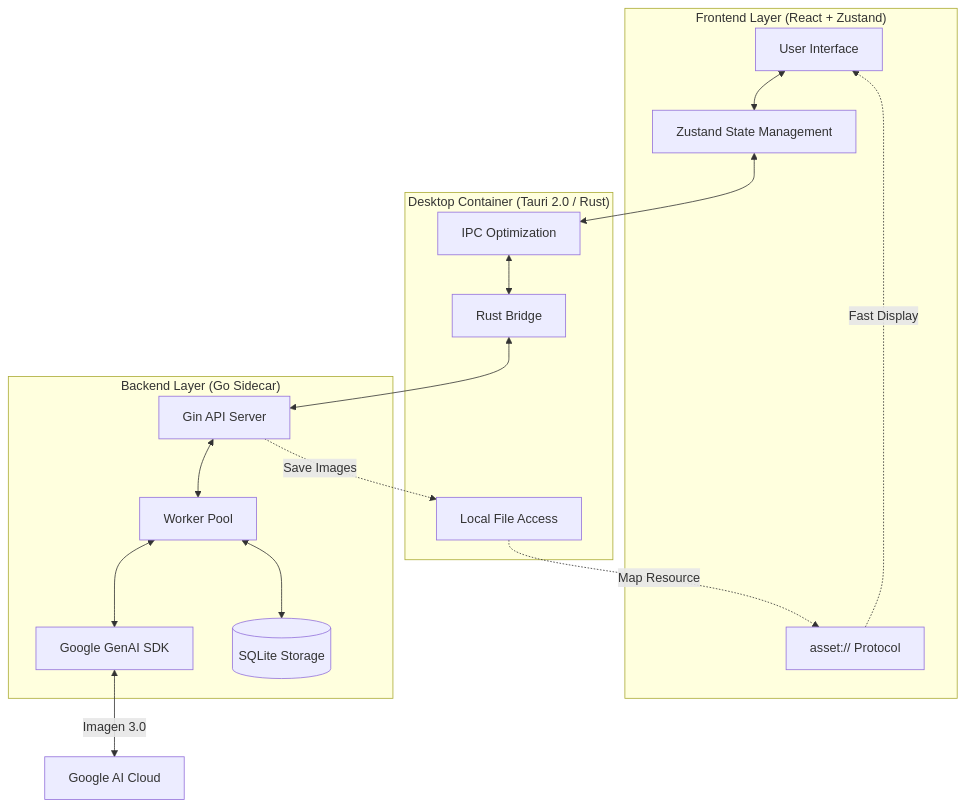
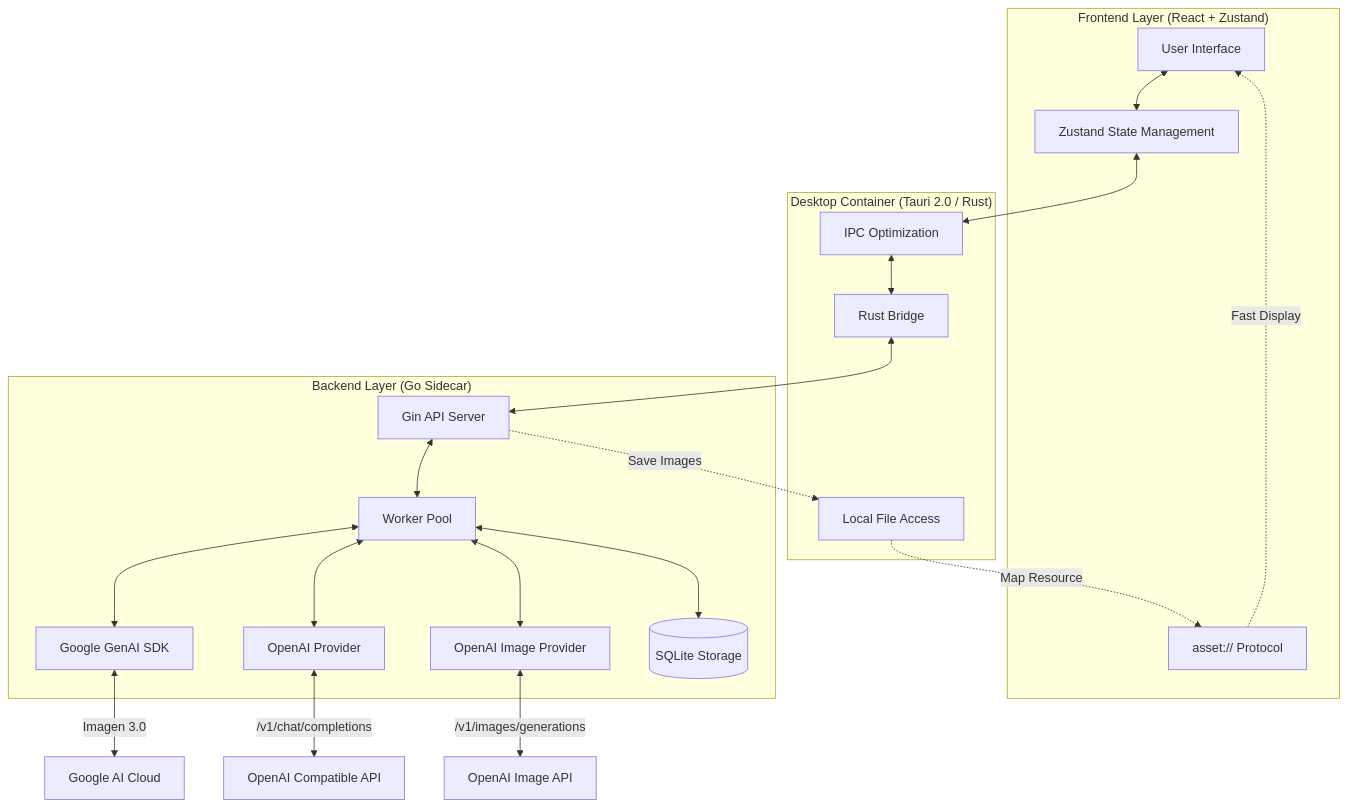
The diagram in README_EN.md (ShellMonster/Nano_Banana_Pro_Web), drawn with Mermaid before and after one commit. The commit also changed other lines of this file and 14 other files, not shown here.

````diff
--- a/README_EN.md
+++ b/README_EN.md
@@ -170,33 +172,39 @@
 ```mermaid
 graph TD
     subgraph "Frontend Layer (React + Zustand)"
         UI[User Interface]
         State[Zustand State Management]
         AssetProtocol[asset:// Protocol]
     end
 
     subgraph "Desktop Container (Tauri 2.0 / Rust)"
         TauriBridge[Rust Bridge]
         IPC[IPC Optimization]
         FS[Local File Access]
     end
 
     subgraph "Backend Layer (Go Sidecar)"
         GoServer[Gin API Server]
         WorkerPool[Worker Pool]
         GeminiSDK[Google GenAI SDK]
+        OpenAIProvider[OpenAI Provider]
+        OpenAIImageProvider[OpenAI Image Provider]
         SQLite[(SQLite Storage)]
     end
 
     UI <--> State
     State <--> IPC
     IPC <--> TauriBridge
     TauriBridge <--> GoServer
     GoServer <--> WorkerPool
     WorkerPool <--> GeminiSDK
+    WorkerPool <--> OpenAIProvider
+    WorkerPool <--> OpenAIImageProvider
     WorkerPool <--> SQLite
     GeminiSDK <--> |Imagen 3.0| Cloud[Google AI Cloud]
+    OpenAIProvider <--> |/v1/chat/completions| OpenAI[OpenAI Compatible API]
+    OpenAIImageProvider <--> |/v1/images/generations| OpenAIImg[OpenAI Image API]
     GoServer -.-> |Save Images| FS
     FS -.-> |Map Resource| AssetProtocol
     AssetProtocol -.-> |Fast Display| UI
 ```
````
